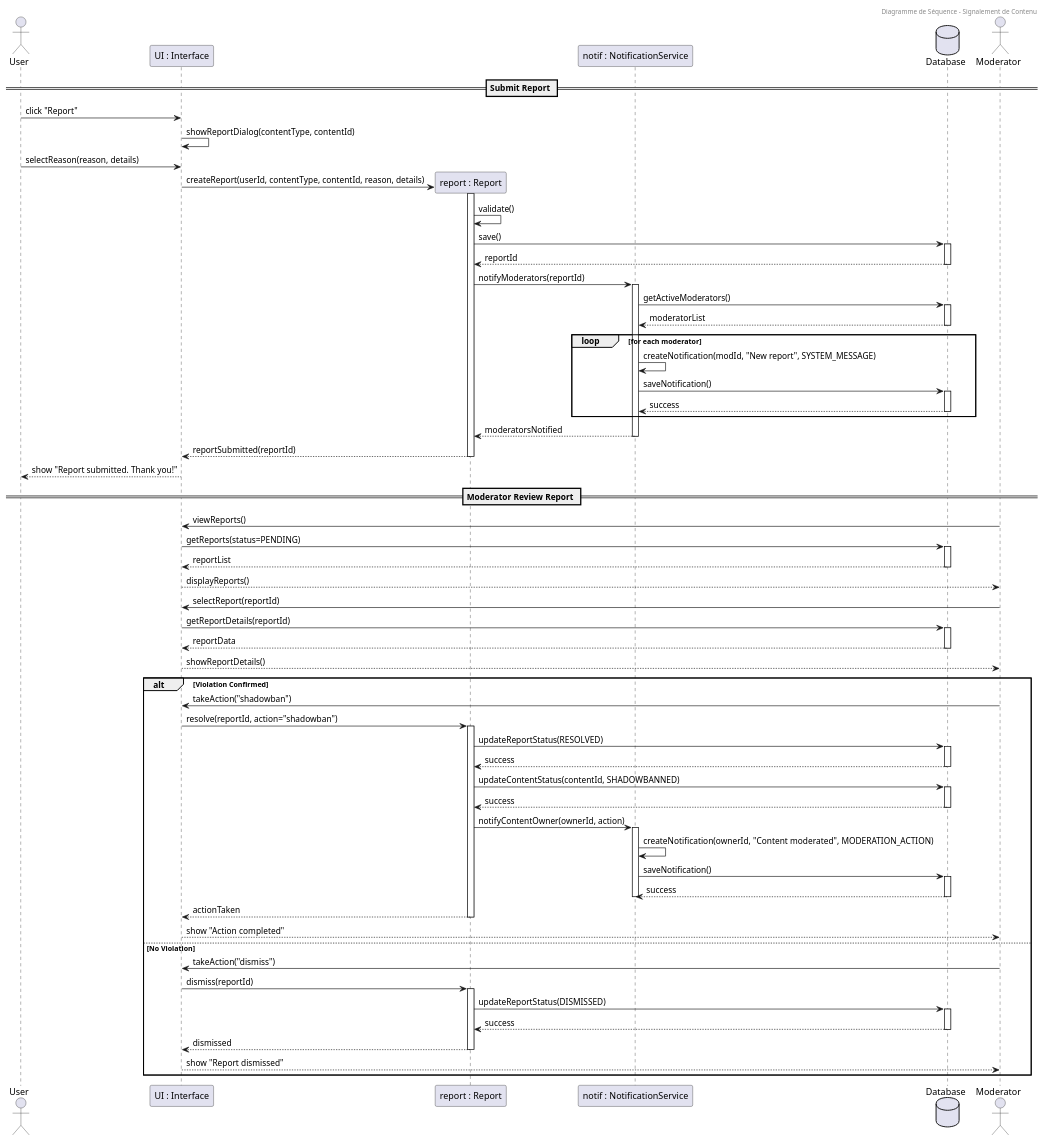
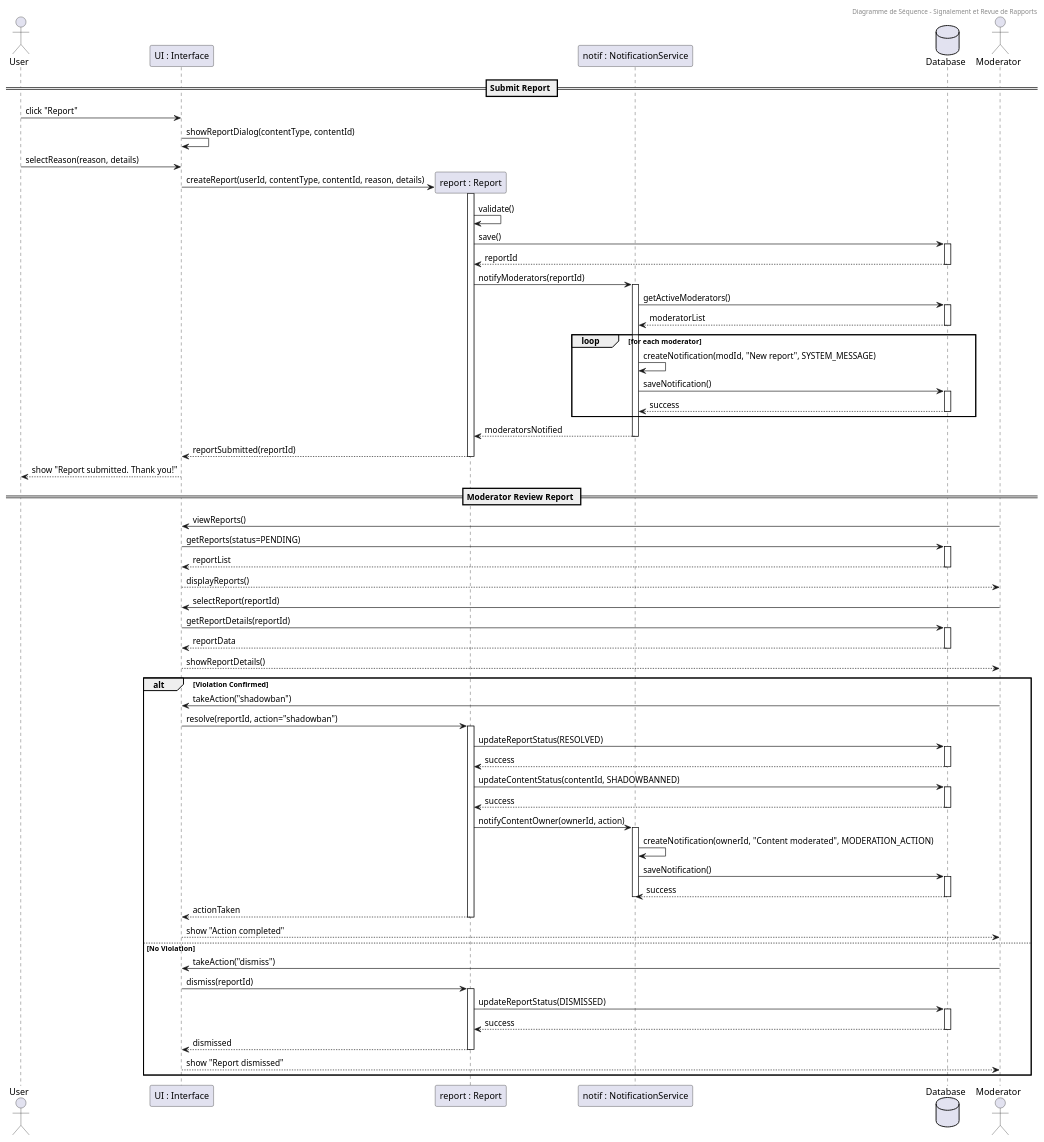
Before and after one commit to matthieuzajac/UML_project: the diagram in src/Sequence/report_content.wsd, drawn with PlantUML. The commit also changed 11 other files, not shown here.

Commit message:
Simplify use case diagram and align diagram titles

```diff
--- a/src/Sequence/report_content.wsd
+++ b/src/Sequence/report_content.wsd
@@ -1,107 +1,107 @@
 @startuml sequence diagram report content
-header Diagramme de Séquence - Signalement de Contenu
+header Diagramme de Séquence - Signalement et Revue de Rapports
 actor "User" as U
 participant "UI : Interface" as UI
 participant "report : Report" as REP
 participant "notif : NotificationService" as NS
 database "Database" as DB
 
 == Submit Report ==
 U -> UI : click "Report"
 UI -> UI : showReportDialog(contentType, contentId)
 U -> UI : selectReason(reason, details)
 
 create REP
 UI -> REP : createReport(userId, contentType, contentId, reason, details)
 activate REP
 REP -> REP : validate()
 
 REP -> DB : save()
 activate DB
 DB --> REP : reportId
 deactivate DB
 
 REP -> NS : notifyModerators(reportId)
 activate NS
 NS -> DB : getActiveModerators()
 activate DB
 DB --> NS : moderatorList
 deactivate DB
 
 loop for each moderator
     NS -> NS : createNotification(modId, "New report", SYSTEM_MESSAGE)
     NS -> DB : saveNotification()
     activate DB
     DB --> NS : success
     deactivate DB
 end
 
 NS --> REP : moderatorsNotified
 deactivate NS
 
 REP --> UI : reportSubmitted(reportId)
 deactivate REP
 
 UI --> U : show "Report submitted. Thank you!"
 
 == Moderator Review Report ==
 actor Moderator as M
 
 M -> UI : viewReports()
 UI -> DB : getReports(status=PENDING)
 activate DB
 DB --> UI : reportList
 deactivate DB
 UI --> M : displayReports()
 
 M -> UI : selectReport(reportId)
 UI -> DB : getReportDetails(reportId)
 activate DB
 DB --> UI : reportData
 deactivate DB
 UI --> M : showReportDetails()
 
 alt Violation Confirmed
     M -> UI : takeAction("shadowban")
     UI -> REP : resolve(reportId, action="shadowban")
     activate REP
     
     REP -> DB : updateReportStatus(RESOLVED)
     activate DB
     DB --> REP : success
     deactivate DB
     
     REP -> DB : updateContentStatus(contentId, SHADOWBANNED)
     activate DB
     DB --> REP : success
     deactivate DB
     
     REP -> NS : notifyContentOwner(ownerId, action)
     activate NS
     NS -> NS : createNotification(ownerId, "Content moderated", MODERATION_ACTION)
     NS -> DB : saveNotification()
     activate DB
     DB --> NS : success
     deactivate DB
     deactivate NS
     
     REP --> UI : actionTaken
     deactivate REP
     UI --> M : show "Action completed"
     
 else No Violation
     M -> UI : takeAction("dismiss")
     UI -> REP : dismiss(reportId)
     activate REP
     
     REP -> DB : updateReportStatus(DISMISSED)
     activate DB
     DB --> REP : success
     deactivate DB
     
     REP --> UI : dismissed
     deactivate REP
     UI --> M : show "Report dismissed"
 end
 
 @enduml
```
